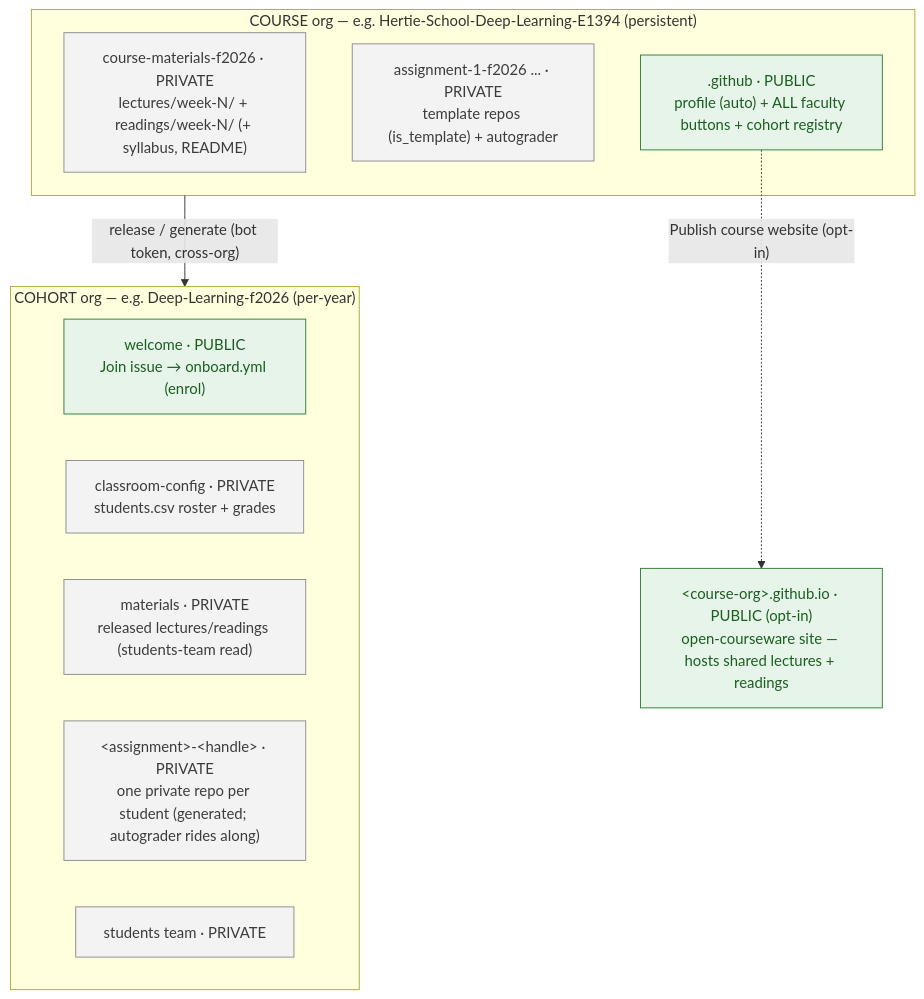
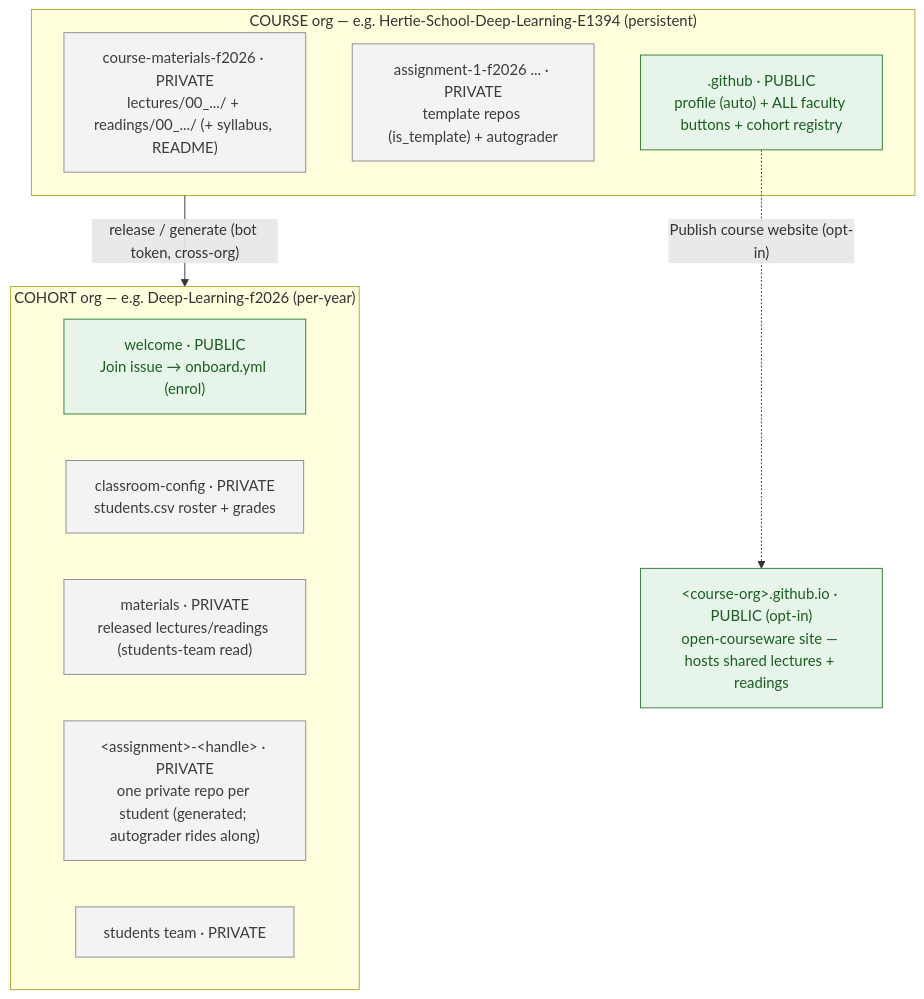
Before and after one commit to hertie-data-science-lab/dsl-teaching-course-setup: the diagram in README.md, drawn with Mermaid. The commit also changed 48 other files, not shown here.

````diff
--- a/README.md
+++ b/README.md
@@ -17,26 +17,26 @@
 ```mermaid
 flowchart TB
   subgraph COURSE["COURSE org — e.g. Hertie-School-Deep-Learning-E1394 (persistent)"]
-    mat["course-materials-f2026 · PRIVATE<br/>lectures/week-N/ + readings/week-N/ (+ syllabus, README)"]
+    mat["course-materials-f2026 · PRIVATE<br/>lectures/00_.../ + readings/00_.../ (+ syllabus, README)"]
     tmpl["assignment-1-f2026 ... · PRIVATE<br/>template repos (is_template) + autograder"]
     gh[".github · PUBLIC<br/>profile (auto) + ALL faculty buttons + cohort registry"]
   end
 
   subgraph COHORT["COHORT org — e.g. Deep-Learning-f2026 (per-year)"]
     welcome["welcome · PUBLIC<br/>Join issue → onboard.yml (enrol)"]
     cfg["classroom-config · PRIVATE<br/>students.csv roster + grades"]
     cmat["materials · PRIVATE<br/>released lectures/readings (students-team read)"]
     repos["&lt;assignment&gt;-&lt;handle&gt; · PRIVATE<br/>one private repo per student (generated; autograder rides along)"]
     team["students team · PRIVATE"]
   end
 
   pub["&lt;course-org&gt;.github.io · PUBLIC (opt-in)<br/>open-courseware site — hosts shared lectures + readings"]
 
   COURSE -->|"release / generate (bot token, cross-org)"| COHORT
   gh -.->|"Publish course website (opt-in)"| pub
 
   classDef public fill:#e6f4ea,stroke:#2e7d32,color:#1b5e20;
   classDef private fill:#f3f3f3,stroke:#8a8a8a,color:#3c3c3c;
   class gh,welcome,pub public;
   class mat,tmpl,cfg,cmat,repos,team private;
 ```
````
